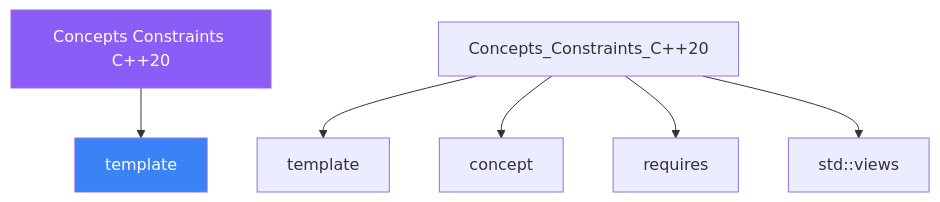
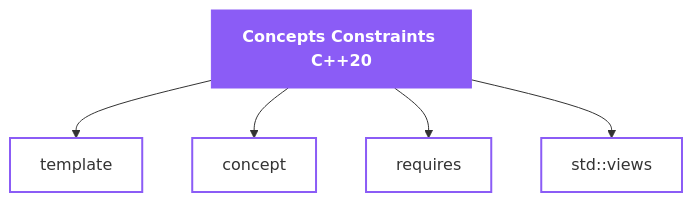
One commit to AI-Maddy/Learn-Modern-CPP-OOP-30-Days changed the diagram in mkdocs-site/docs/days/day-10/02-definition.md. Above: the diagram before and after it, drawn with Mermaid. The commit also changed 99 other files, not shown here.

````diff
--- a/mkdocs-site/docs/days/day-10/02-definition.md
+++ b/mkdocs-site/docs/days/day-10/02-definition.md
@@ -118,10 +118,12 @@
 ```mermaid
 graph TD
-    ROOT["Concepts Constraints C++20"] --> A["template"]
-    Concepts_Constraints_C++20 --> template["template"]
-    Concepts_Constraints_C++20 --> concept["concept"]
-    Concepts_Constraints_C++20 --> requires["requires"]
-    Concepts_Constraints_C++20 --> stdviews["std::views"]
-    style ROOT fill:#8b5cf6,color:#fff
-    style A    fill:#3b82f6,color:#fff
+    ROOT["Concepts Constraints C++20"]
+    ROOT --> n0["template"]
+    ROOT --> n1["concept"]
+    ROOT --> n2["requires"]
+    ROOT --> n3["std::views"]
+    classDef topic fill:#8b5cf6,stroke:#8b5cf6,color:#ffffff,font-weight:bold
+    classDef concept fill:transparent,stroke:#8b5cf6,stroke-width:2px
+    class ROOT topic
+    class n0,n1,n2,n3 concept
 ```
````
